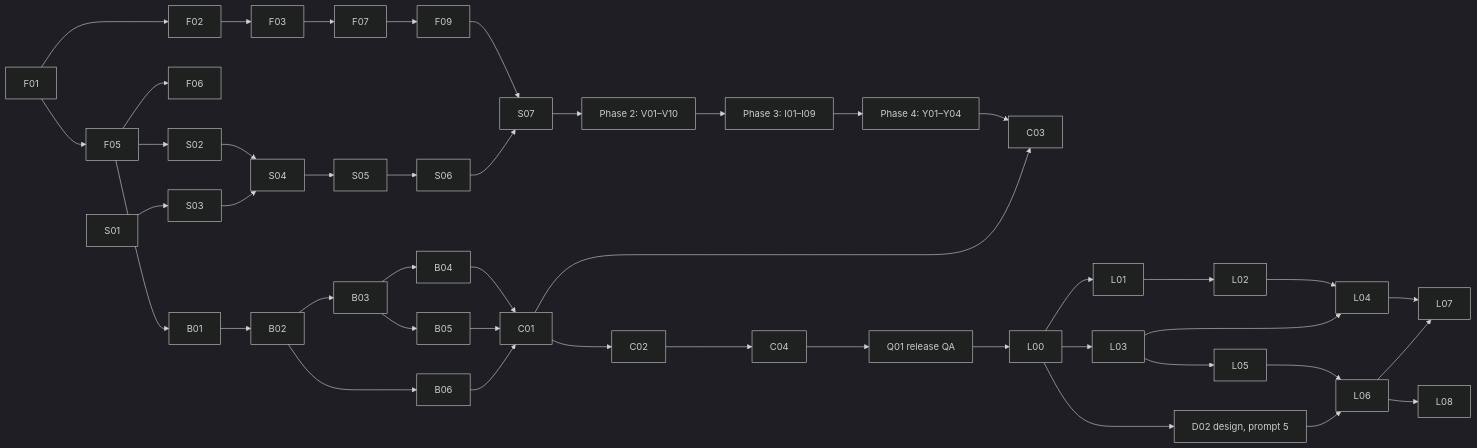
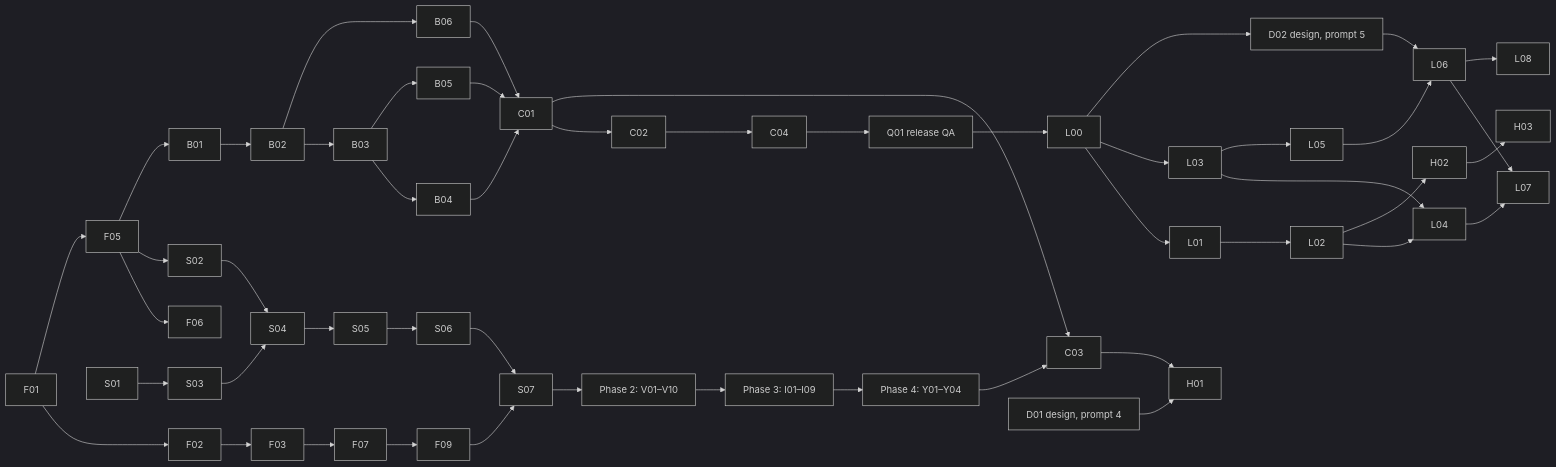
The diagram in docs/execution-plan.md (vespaiach/glance), drawn with Mermaid (dark theme) before and after one commit. The commit also changed other lines of this file and 14 other files, not shown here.

````diff
--- a/docs/execution-plan.md
+++ b/docs/execution-plan.md
@@ -34,21 +34,23 @@
 ```mermaid
 graph LR
   F01 --> F02 --> F03 --> F07 --> F09 --> S07
   F01 --> F05 --> F06
   F05 --> S02 --> S04 --> S05 --> S06 --> S07
   S01 --> S03 --> S04
   S07 --> V[Phase 2: V01–V10] --> I[Phase 3: I01–I09] --> Y[Phase 4: Y01–Y04]
   F05 --> B01 --> B02 --> B03 --> B04
   B03 --> B05
   B02 --> B06
   B04 & B05 & B06 --> C01 --> C02 --> C04
   Y --> C03
   C01 --> C03
   C04 --> Q[Q01 release QA]
   Q --> L00 --> L01 --> L02 --> L04
   L00 --> L03 --> L04
   L03 --> L05 --> L06
   L00 --> D02[D02 design, prompt 5] --> L06
   L04 & L06 --> L07
   L06 --> L08
+  C03 & D01[D01 design, prompt 4] --> H01
+  L02 --> H02 --> H03
 ```
````
